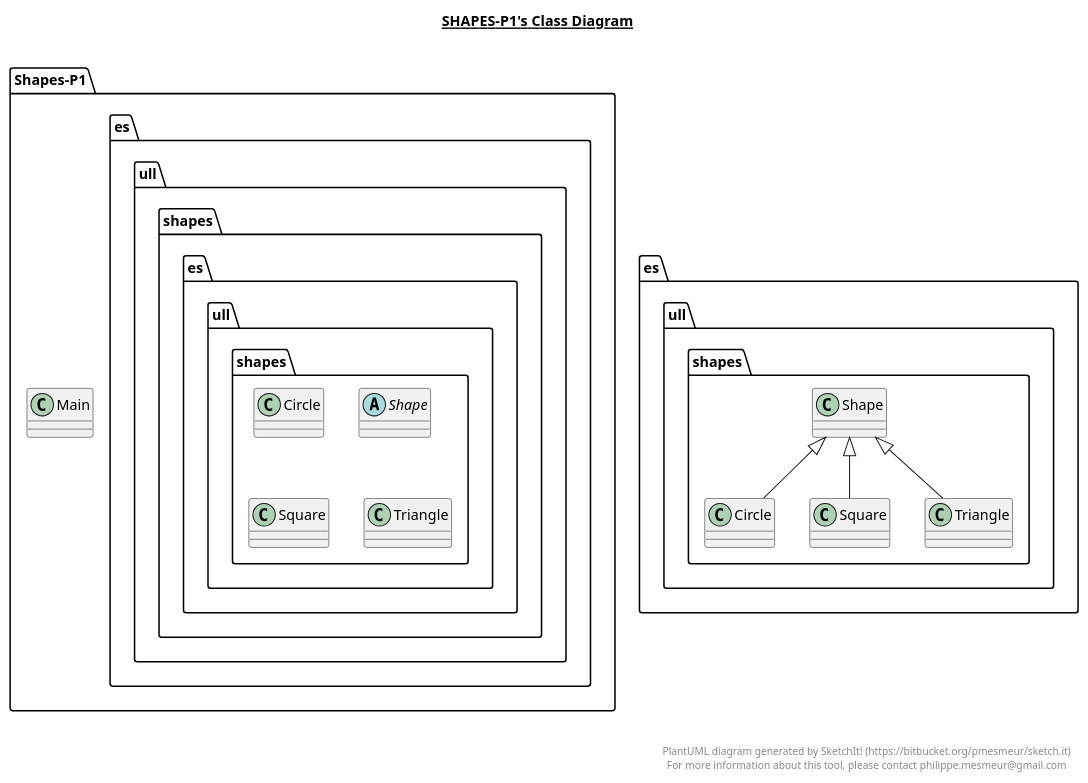
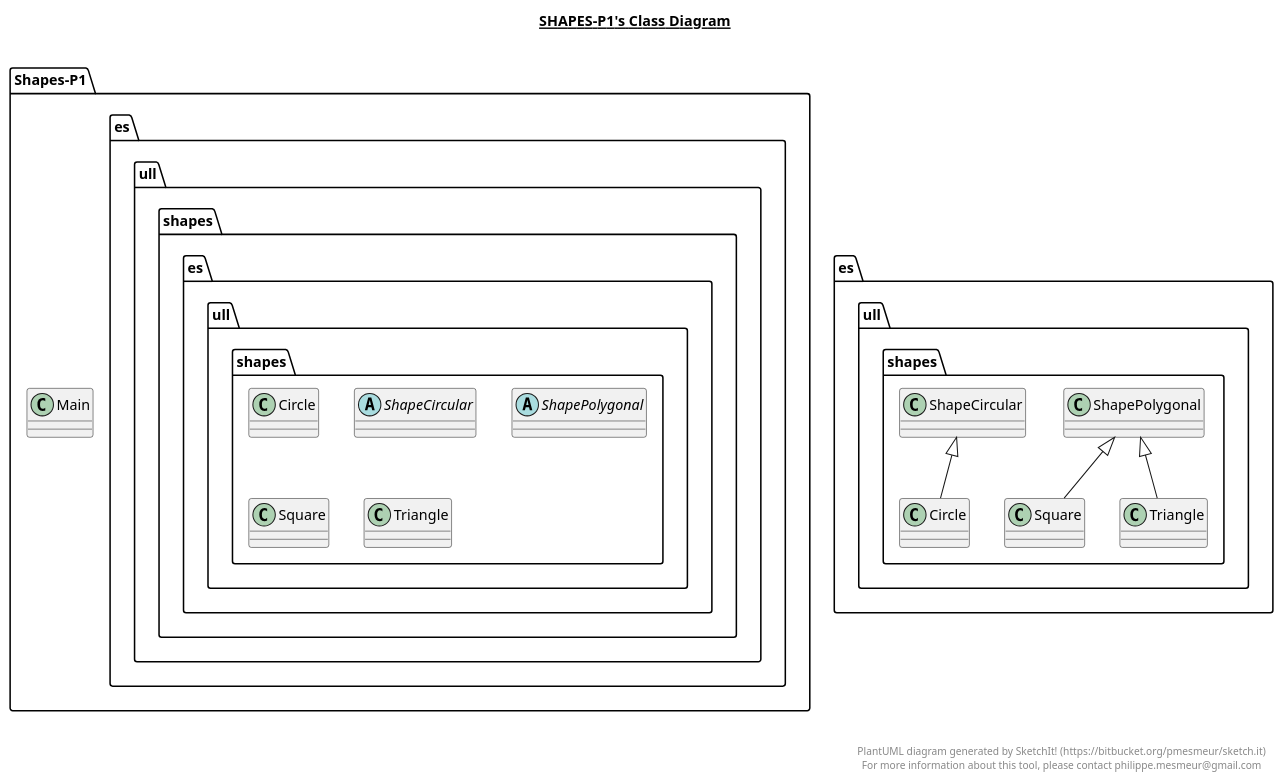
The diagram in Shapes-P1.plantuml (CelesteLD/P01-DAP-Parte2), drawn with PlantUML before and after one commit. The commit also changed 9 other files, not shown here.

```diff
--- a/Shapes-P1.plantuml
+++ b/Shapes-P1.plantuml
@@ -1,55 +1,63 @@
 @startuml
 
 title __SHAPES-P1's Class Diagram__\n
 
   namespace Shapes-P1 {
     class Main {
     }
   }
   
 
   namespace Shapes-P1 {
     namespace es.ull.shapes {
       class es.ull.shapes.Circle {
       }
     }
   }
   
 
   namespace Shapes-P1 {
     namespace es.ull.shapes {
-      abstract class es.ull.shapes.Shape {
+      abstract class es.ull.shapes.ShapeCircular {
+      }
+    }
+  }
+  
+
+  namespace Shapes-P1 {
+    namespace es.ull.shapes {
+      abstract class es.ull.shapes.ShapePolygonal {
       }
     }
   }
   
 
   namespace Shapes-P1 {
     namespace es.ull.shapes {
       class es.ull.shapes.Square {
       }
     }
   }
   
 
   namespace Shapes-P1 {
     namespace es.ull.shapes {
       class es.ull.shapes.Triangle {
       }
     }
   }
   
 
-  es.ull.shapes.Circle -up-|> es.ull.shapes.Shape
-  es.ull.shapes.Square -up-|> es.ull.shapes.Shape
-  es.ull.shapes.Triangle -up-|> es.ull.shapes.Shape
+  es.ull.shapes.Circle -up-|> es.ull.shapes.ShapeCircular
+  es.ull.shapes.Square -up-|> es.ull.shapes.ShapePolygonal
+  es.ull.shapes.Triangle -up-|> es.ull.shapes.ShapePolygonal
 
 
 right footer
 
 
 PlantUML diagram generated by SketchIt! (https://bitbucket.org/pmesmeur/sketch.it)
 For more information about this tool, please contact philippe.mesmeur@gmail.com
 endfooter
 
 @enduml
```
